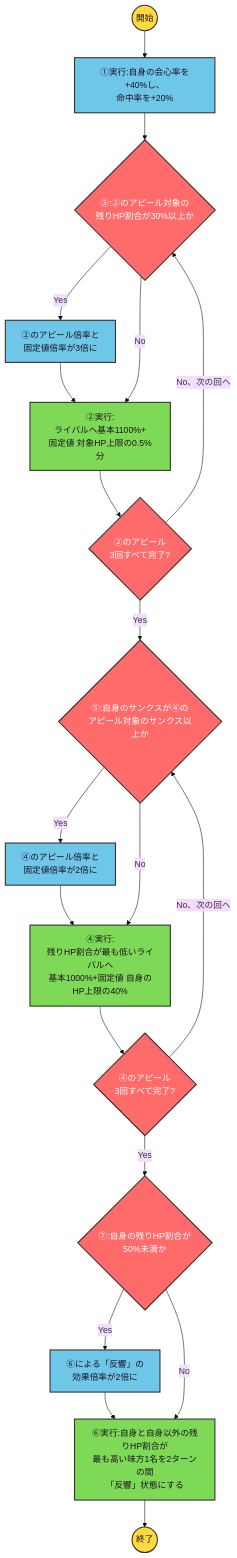
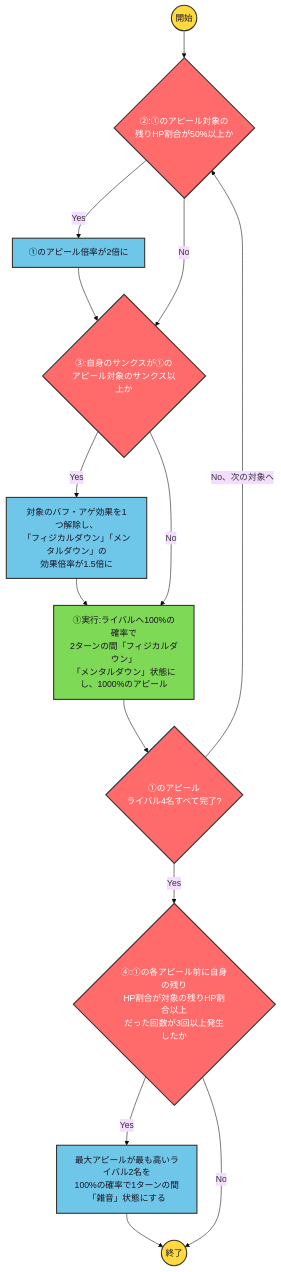
One commit to ryomochi0918/nogifra-characters changed the diagram in data/yumiki_nao/13thbasura_c_skill1.mmd. Above: the diagram before and after it, drawn with Mermaid (base theme). The commit also changed 19 other files, not shown here.

```diff
--- a/data/yumiki_nao/13thbasura_c_skill1.mmd
+++ b/data/yumiki_nao/13thbasura_c_skill1.mmd
@@ -1,21 +1,16 @@
 flowchart TD
     classDef startend fill:#FFD93D,stroke:#333,stroke-width:2px,color:#1a1220;
     classDef cond fill:#FF6B6B,stroke:#333,stroke-width:2px,color:#ffffff;
     classDef effect fill:#6EC6E8,stroke:#333,stroke-width:2px,color:#1a1220;
     classDef action fill:#7ED957,stroke:#333,stroke-width:2px,color:#1a1220;
 
-    start(("開始")):::startend --> e1["①実行:自身の会心率を+40%し、<br/>命中率を+20%"]:::effect
-    e1 --> c3{"③:②のアピール対象の<br/>残りHP割合が30%以上か"}:::cond
-    c3 -->|"Yes"| e3["②のアピール倍率と<br/>固定値倍率が3倍に"]:::effect --> a2
-    c3 -->|"No"| a2["②実行:<br/>ライバルへ基本1100%+<br/>固定値 対象HP上限の0.5%分"]:::action
-    a2 --> lc2{"②のアピール<br/>3回すべて完了?"}:::cond
-    lc2 -->|"No、次の回へ"| c3
-    lc2 -->|"Yes"| c5{"⑤:自身のサンクスが④の<br/>アピール対象のサンクス以上か"}:::cond
-    c5 -->|"Yes"| e5["④のアピール倍率と<br/>固定値倍率が2倍に"]:::effect --> a4
-    c5 -->|"No"| a4["④実行:<br/>残りHP割合が最も低いライバルへ<br/>基本1000%+固定値 自身のHP上限の40%"]:::action
-    a4 --> lc4{"④のアピール<br/>3回すべて完了?"}:::cond
-    lc4 -->|"No、次の回へ"| c5
-    lc4 -->|"Yes"| c7{"⑦:自身の残りHP割合が<br/>50%未満か"}:::cond
-    c7 -->|"Yes"| e7["⑥による「反響」の<br/>効果倍率が2倍に"]:::effect --> a6
-    c7 -->|"No"| a6["⑥実行:自身と自身以外の残りHP割合が<br/>最も高い味方1名を2ターンの間<br/>「反響」状態にする"]:::action
-    a6 --> finish(("終了")):::startend
+    start(("開始")):::startend --> c2{"②:①のアピール対象の<br/>残りHP割合が50%以上か"}:::cond
+    c2 -->|"Yes"| e2["①のアピール倍率が2倍に"]:::effect --> c3
+    c2 -->|"No"| c3{"③:自身のサンクスが①の<br/>アピール対象のサンクス以上か"}:::cond
+    c3 -->|"Yes"| e3["対象のバフ・アゲ効果を1つ解除し、<br/>「フィジカルダウン」「メンタルダウン」の<br/>効果倍率が1.5倍に"]:::effect --> a1
+    c3 -->|"No"| a1["①実行:ライバルへ100%の確率で<br/>2ターンの間「フィジカルダウン」<br/>「メンタルダウン」状態にし、1000%のアピール"]:::action
+    a1 --> lc1{"①のアピール<br/>ライバル4名すべて完了?"}:::cond
+    lc1 -->|"No、次の対象へ"| c2
+    lc1 -->|"Yes"| c4{"④:①の各アピール前に自身の残り<br/>HP割合が対象の残りHP割合以上<br/>だった回数が3回以上発生したか"}:::cond
+    c4 -->|"Yes"| e4["最大アピールが最も高いライバル2名を<br/>100%の確率で1ターンの間<br/>「雑音」状態にする"]:::effect --> finish(("終了")):::startend
+    c4 -->|"No"| finish
```
